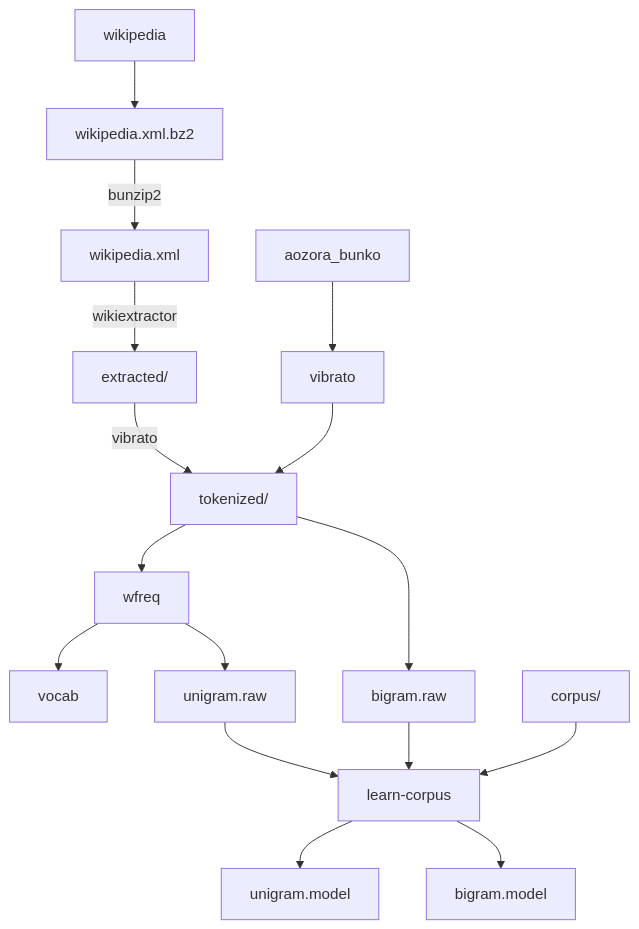
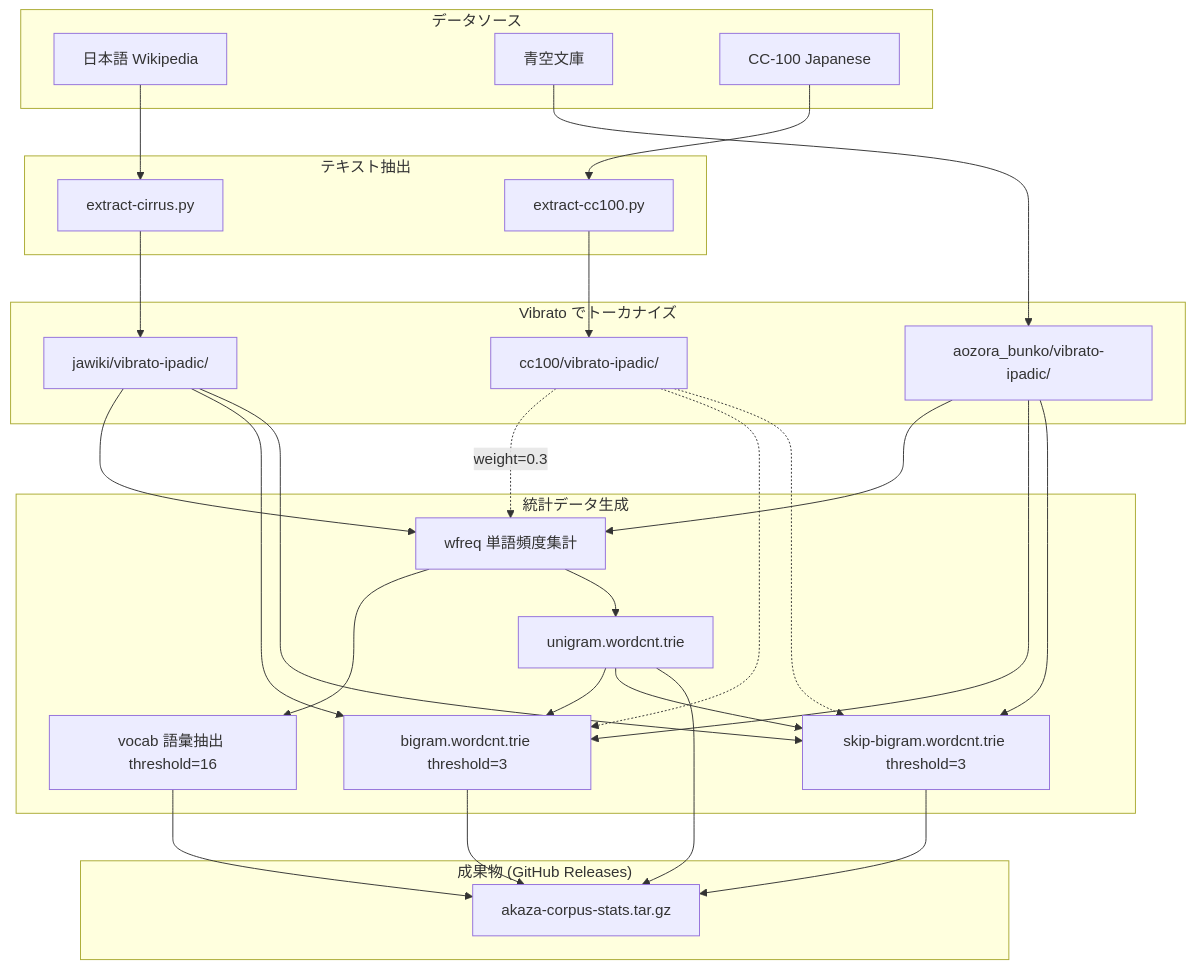
Before and after one commit to phoepsilonix/akaza: the first of 2 diagrams in docs/src/internals/data-flow.md, drawn with Mermaid. The commit also changed other lines of this file and 1 other file, not shown here.

First line of the commit message:
docs: データフロー図の全面改訂と introduction の改善

````diff
--- a/docs/src/internals/data-flow.md
+++ b/docs/src/internals/data-flow.md
@@ -11,17 +27,45 @@
 ```mermaid
 graph TD
-    wikipedia --> wikipedia.xml.bz2
-    -- bunzip2 --> wikipedia.xml
-    -- wikiextractor --> extracted/
-    -- vibrato --> tokenized/
-    aozora_bunko --> vibrato --> tokenized/
-    tokenized/ --> wfreq
-    wfreq --> vocab
-    tokenized/ --> bigram.raw
-    wfreq --> unigram.raw
-    corpus/ --> learn-corpus
-    bigram.raw --> learn-corpus
-    unigram.raw --> learn-corpus
-    learn-corpus --> unigram.model
-    learn-corpus --> bigram.model
+    subgraph データソース
+        jawiki[日本語 Wikipedia]
+        aozora[青空文庫]
+        cc100[CC-100 Japanese]
+    end
+
+    subgraph テキスト抽出
+        jawiki --> extract_cirrus[extract-cirrus.py]
+        cc100 --> extract_cc100[extract-cc100.py]
+    end
+
+    subgraph "Vibrato でトーカナイズ"
+        extract_cirrus --> tokenize_jawiki[jawiki/vibrato-ipadic/]
+        aozora --> tokenize_aozora[aozora_bunko/vibrato-ipadic/]
+        extract_cc100 --> tokenize_cc100[cc100/vibrato-ipadic/]
+    end
+
+    subgraph 統計データ生成
+        tokenize_jawiki --> wfreq[wfreq 単語頻度集計]
+        tokenize_aozora --> wfreq
+        tokenize_cc100 -.->|weight=0.3| wfreq
+
+        wfreq --> vocab[vocab 語彙抽出 threshold=16]
+        wfreq --> unigram_trie[unigram.wordcnt.trie]
+
+        unigram_trie --> bigram_trie[bigram.wordcnt.trie threshold=3]
+        tokenize_jawiki --> bigram_trie
+        tokenize_aozora --> bigram_trie
+        tokenize_cc100 -.-> bigram_trie
+
+        unigram_trie --> skip_bigram_trie[skip-bigram.wordcnt.trie threshold=3]
+        tokenize_jawiki --> skip_bigram_trie
+        tokenize_aozora --> skip_bigram_trie
+        tokenize_cc100 -.-> skip_bigram_trie
+    end
+
+    subgraph "成果物 (GitHub Releases)"
+        unigram_trie --> release[akaza-corpus-stats.tar.gz]
+        bigram_trie --> release
+        skip_bigram_trie --> release
+        vocab --> release
+    end
 ```
````
